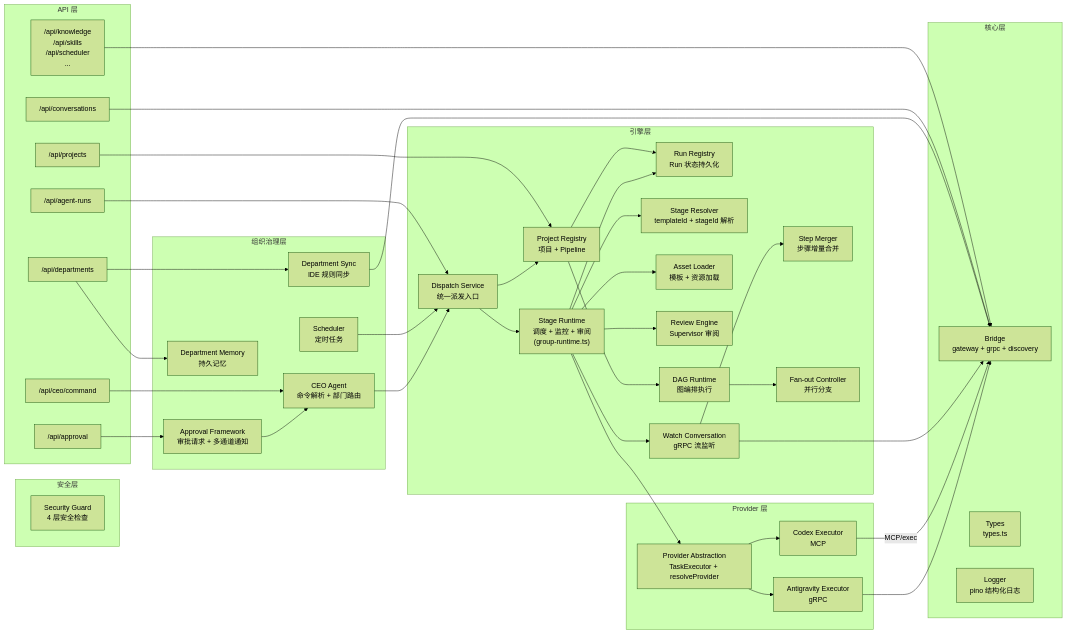
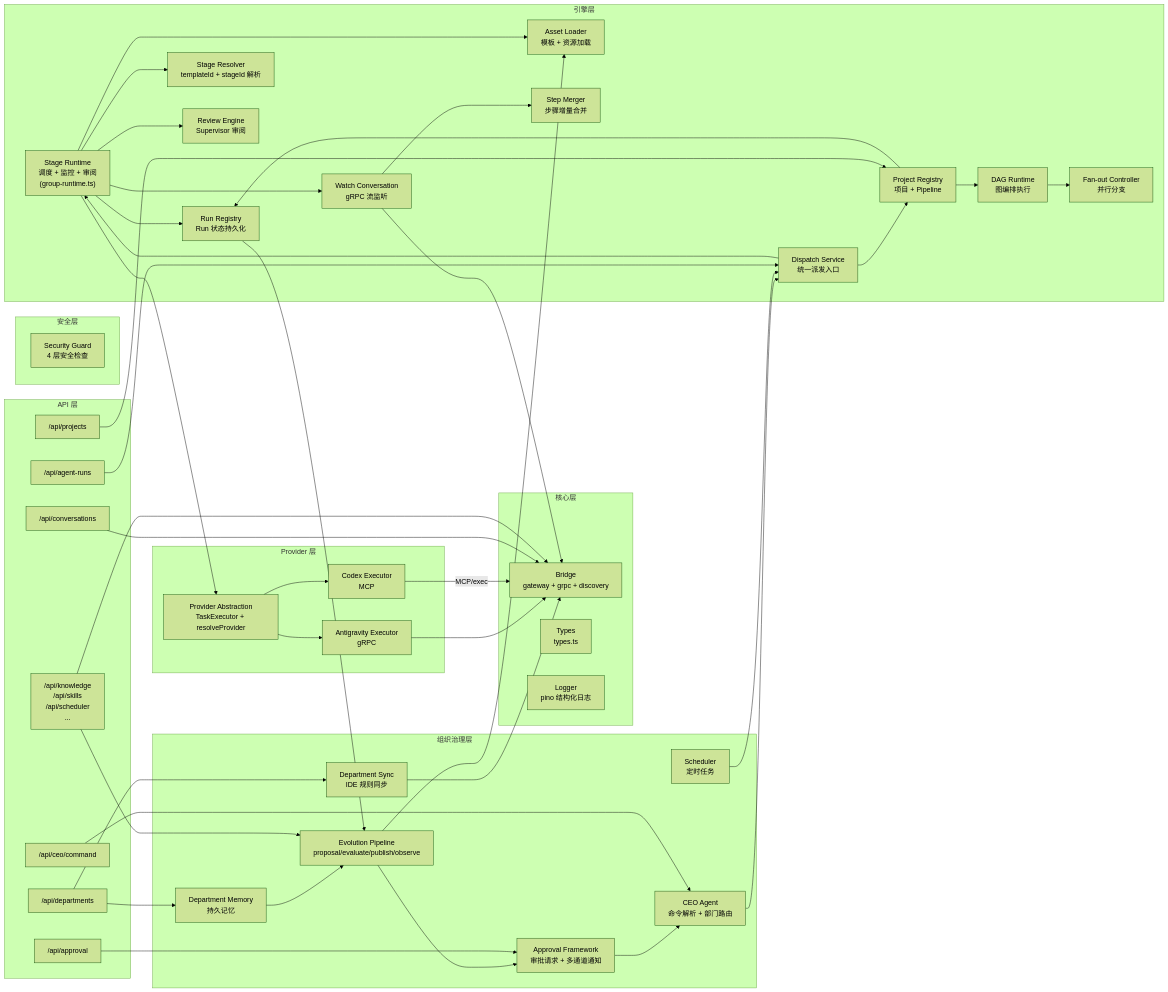
The second of 22 diagrams in ARCHITECTURE.md (pikapikaspeedup/OPC_CEO), drawn with Mermaid (forest theme) before and after one commit. The commit also changed other lines of this file and 531 other files, not shown here.

````diff
--- a/ARCHITECTURE.md
+++ b/ARCHITECTURE.md
@@ -69,71 +69,76 @@
 ```mermaid
 graph LR
     subgraph Core["核心层"]
         Bridge["Bridge<br/>gateway + grpc + discovery"]
         Types["Types<br/>types.ts"]
         Logger["Logger<br/>pino 结构化日志"]
     end
 
     subgraph Providers["Provider 层"]
         PAL["Provider Abstraction<br/>TaskExecutor + resolveProvider"]
         AE["Antigravity Executor<br/>gRPC"]
         CE["Codex Executor<br/>MCP"]
     end
 
     subgraph Engine["引擎层"]
         GroupRuntime["Stage Runtime<br/>调度 + 监控 + 审阅<br/>(group-runtime.ts)"]
         DispatchService["Dispatch Service<br/>统一派发入口"]
         RunRegistry["Run Registry<br/>Run 状态持久化"]
         ProjectRegistry["Project Registry<br/>项目 + Pipeline"]
         StageResolver["Stage Resolver<br/>templateId + stageId 解析"]
         AssetLoader["Asset Loader<br/>模板 + 资源加载"]
         ReviewEngine["Review Engine<br/>Supervisor 审阅"]
         WatchConv["Watch Conversation<br/>gRPC 流监听"]
         StepMerger["Step Merger<br/>步骤增量合并"]
         DagRuntime["DAG Runtime<br/>图编排执行"]
         FanOut["Fan-out Controller<br/>并行分支"]
     end
 
     subgraph OPC["组织治理层"]
         CEOAgent["CEO Agent<br/>命令解析 + 部门路由"]
         ApprovalFW["Approval Framework<br/>审批请求 + 多通道通知"]
         DeptSync["Department Sync<br/>IDE 规则同步"]
         DeptMemory["Department Memory<br/>持久记忆"]
+        Evolution["Evolution Pipeline<br/>proposal/evaluate/publish/observe"]
         Scheduler["Scheduler<br/>定时任务"]
     end
 
     subgraph Security["安全层"]
         SecurityGuard["Security Guard<br/>4 层安全检查"]
     end
 
     subgraph API["API 层"]
         ConvAPI["/api/conversations"]
         RunAPI["/api/agent-runs"]
         ProjAPI["/api/projects"]
         CEOAPI["/api/ceo/command"]
         ApprovalAPI["/api/approval"]
         DeptAPI["/api/departments"]
         OtherAPI["/api/knowledge<br/>/api/skills<br/>/api/scheduler<br/>..."]
     end
 
     GroupRuntime --> PAL
     PAL --> AE & CE
     AE --> Bridge
     CE -->|"MCP/exec"| Bridge
     GroupRuntime --> RunRegistry & StageResolver & AssetLoader & ReviewEngine & WatchConv
     DispatchService --> GroupRuntime & ProjectRegistry
     WatchConv --> StepMerger & Bridge
     ProjectRegistry --> DagRuntime & RunRegistry
     DagRuntime --> FanOut
     CEOAgent --> DispatchService
     Scheduler --> DispatchService
     ApprovalFW --> CEOAgent
+    DeptMemory --> Evolution
+    RunRegistry --> Evolution
+    Evolution --> ApprovalFW
+    Evolution --> AssetLoader
     DeptSync --> Bridge
     ConvAPI --> Bridge
     RunAPI --> DispatchService
     CEOAPI --> CEOAgent
     ApprovalAPI --> ApprovalFW
     DeptAPI --> DeptSync & DeptMemory
     ProjAPI --> ProjectRegistry
-    OtherAPI --> Bridge
+    OtherAPI --> Bridge & Evolution
 ```
````
